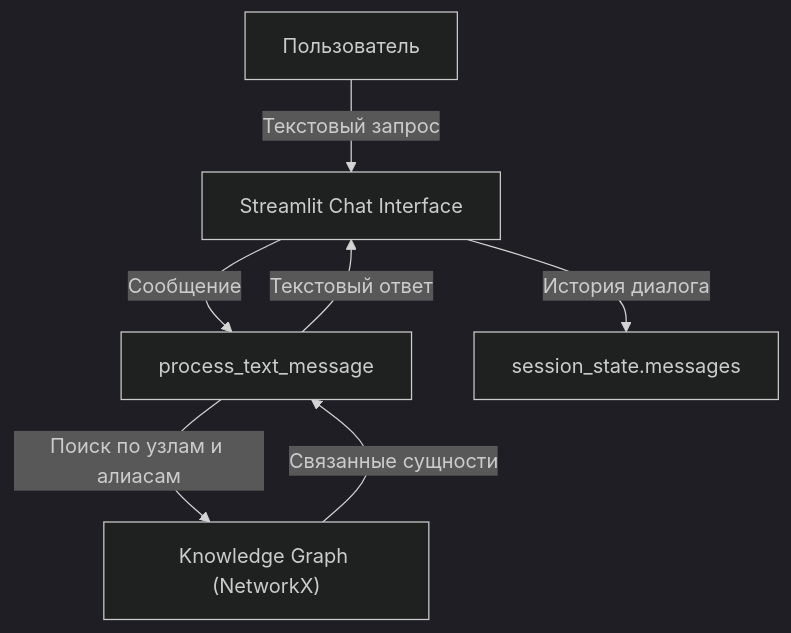
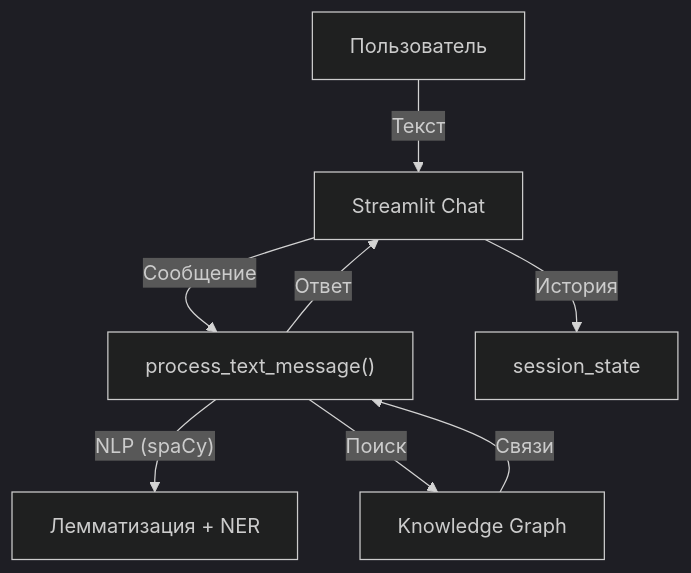
One commit to KambI4/KambI4-PRIS-2026-DutbayevKamil-ZakiryanovaKamila-MedDiagnost changed the diagram in README.md. Above: the diagram before and after it, drawn with Mermaid (dark theme). The commit also changed other lines of this file and 3 other files, not shown here.

Commit message:
Full update: NLP module, graph fixes, README update

````diff
--- a/README.md
+++ b/README.md
@@ -103,9 +132,10 @@
 ```mermaid
 graph TD
-    User["Пользователь"] -->|"Текстовый запрос"| UI["Streamlit Chat Interface"]
-    UI -->|"Сообщение"| Logic["process_text_message"]
-    Logic -->|"Поиск по узлам и алиасам"| Graph["Knowledge Graph (NetworkX)"]
-    Graph -->|"Связанные сущности"| Logic
-    Logic -->|"Текстовый ответ"| UI
-    UI -->|"История диалога"| Memory["session_state.messages"]
+    User["Пользователь"] -->|"Текст"| UI["Streamlit Chat"]
+    UI -->|"Сообщение"| Logic["process_text_message()"]
+    Logic -->|"NLP (spaCy)"| NLP["Лемматизация + NER"]
+    Logic -->|"Поиск"| Graph["Knowledge Graph"]
+    Graph -->|"Связи"| Logic
+    Logic -->|"Ответ"| UI
+    UI -->|"История"| Memory["session_state"]
 ```
````
